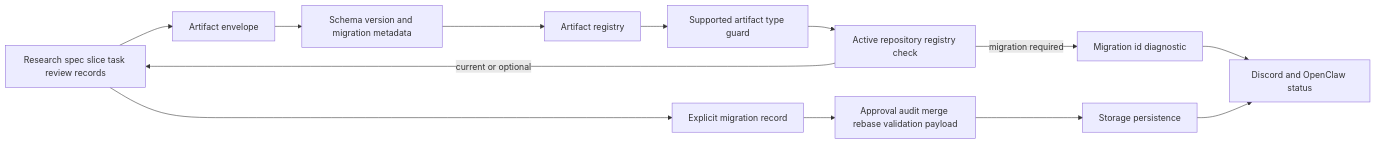
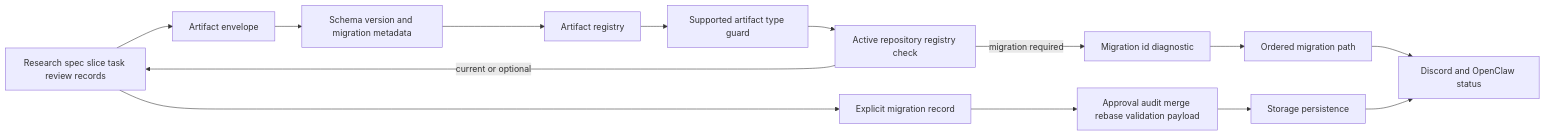
Before and after one commit to VannaDii/ironloom: the diagram in packages/artifacts/README.md, drawn with Mermaid. The commit also changed other lines of this file and 12 other files, not shown here.

````diff
--- a/packages/artifacts/README.md
+++ b/packages/artifacts/README.md
@@ -13,15 +13,16 @@
 ```mermaid
 flowchart LR
   Lifecycle[Lifecycle service] --> Envelope[Artifact envelope]
   Envelope --> Version[Schema version and migration metadata]
   Version --> Registry[Artifact registry]
   Registry --> Supported[Supported artifact type guard]
   Supported --> Active[Active repository registry check]
   Active -->|migration required| Hint[Migration id diagnostic]
+  Hint --> Path[Ordered migration path]
   Active -->|current or optional| Lifecycle[Research spec slice task review records]
-  Hint --> Operator[Discord and OpenClaw status]
+  Path --> Operator[Discord and OpenClaw status]
   Lifecycle --> Migration[Explicit migration record]
   Migration --> Payload[Approval audit merge rebase validation payload]
   Payload --> Storage[Storage persistence]
   Storage --> Operator[Discord and OpenClaw status]
 ```
````
